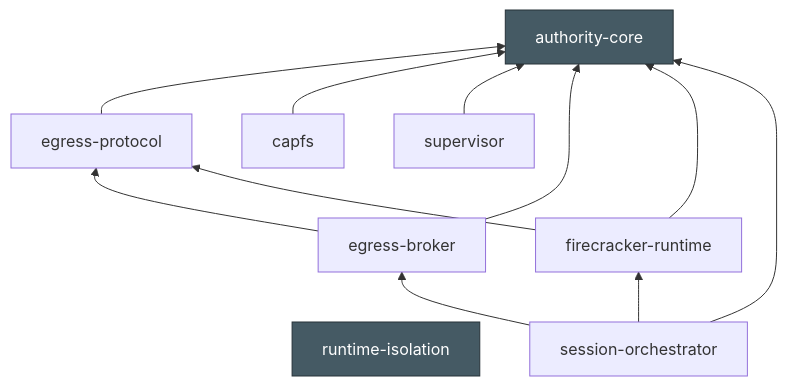
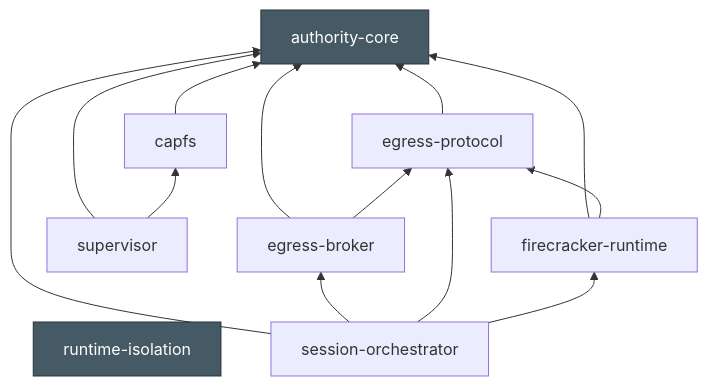
The second of 3 diagrams in docs/design/architecture.md (Aqua-218/SecCamp-AIAgent), drawn with Mermaid before and after one commit. The commit also changed other lines of this file, not shown here.

First line of the commit message:
docs(architecture): scope the five crossings to the agent data plane

````diff
--- a/docs/design/architecture.md
+++ b/docs/design/architecture.md
@@ -95,25 +95,27 @@
 ```mermaid
 flowchart BT
     ac["authority-core"]
     ep["egress-protocol"]
     eb["egress-broker"]
     cf["capfs"]
     sv["supervisor"]
     fr["firecracker-runtime"]
     ri["runtime-isolation"]
     so["session-orchestrator"]
 
     ep --> ac
     cf --> ac
     sv --> ac
+    sv --> cf
     eb --> ac
     eb --> ep
     fr --> ac
     fr --> ep
     so --> ac
     so --> eb
+    so --> ep
     so --> fr
 
     classDef leaf fill:#455a64,color:#fff,stroke:#263238;
     class ac,ri leaf;
 ```
````
